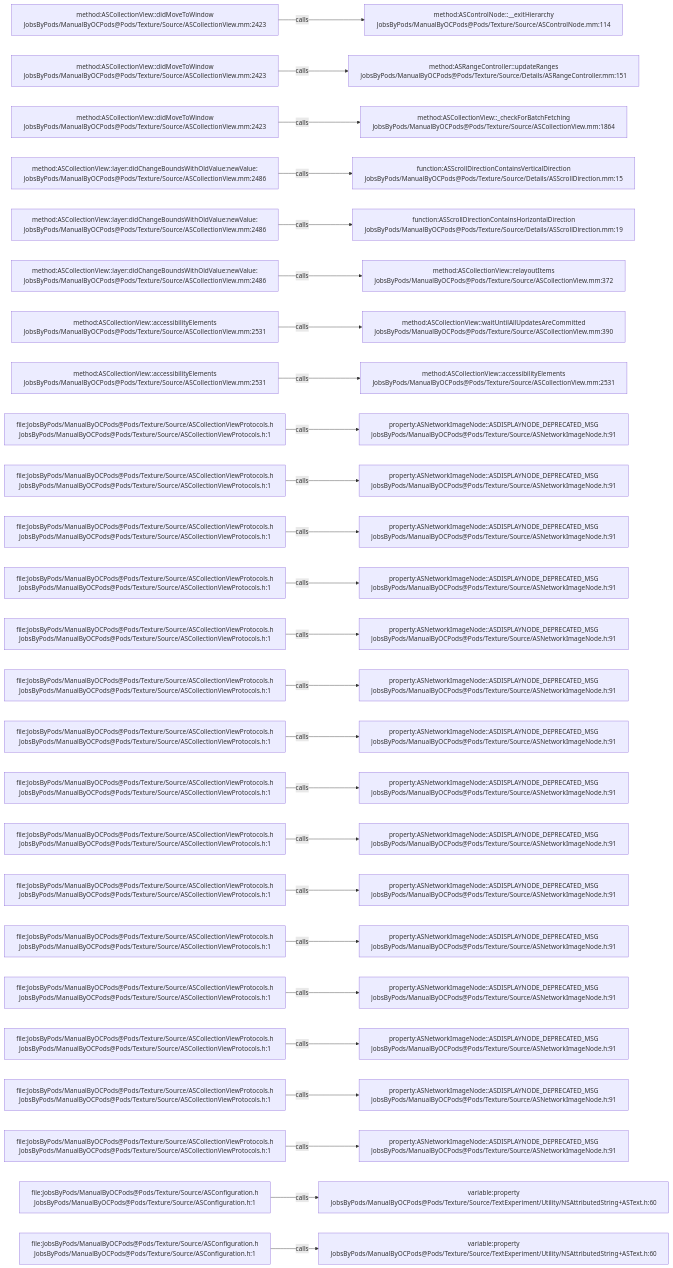
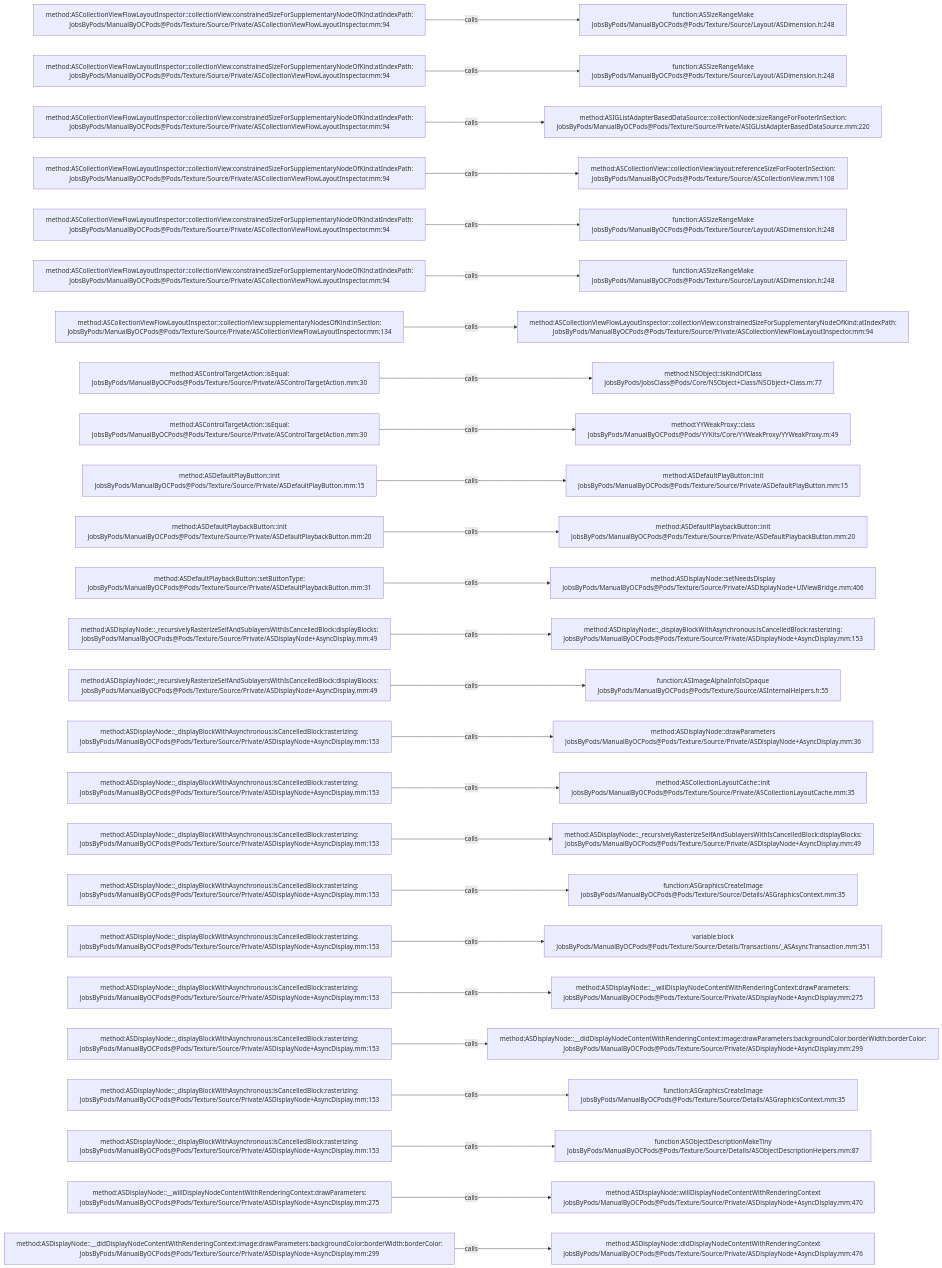
Before and after one commit to JobsKits/JobsOCBaseConfigDemo: the diagram in .codegraph/codegraph.md/graphs/calls-194.md, drawn with Mermaid. The commit also changed 2162 other files, not shown here.

````diff
--- a/.codegraph/codegraph.md/graphs/calls-194.md
+++ b/.codegraph/codegraph.md/graphs/calls-194.md
@@ -13,78 +13,78 @@
 ```mermaid
 flowchart LR
-  S1["method:ASCollectionView::didMoveToWindow<br/>JobsByPods/ManualByOCPods@Pods/Texture/Source/ASCollectionView.mm:2423"]
-  T1["method:ASControlNode::__exitHierarchy<br/>JobsByPods/ManualByOCPods@Pods/Texture/Source/ASControlNode.mm:114"]
+  S1["method:ASCollectionViewFlowLayoutInspector::collectionView:constrainedSizeForSupplementaryNodeOfKind:atIndexPath:<br/>JobsByPods/ManualByOCPods@Pods/Texture/Source/Private/ASCollectionViewFlowLayoutInspector.mm:94"]
+  T1["function:ASSizeRangeMake<br/>JobsByPods/ManualByOCPods@Pods/Texture/Source/Layout/ASDimension.h:248"]
   S1 -->|calls| T1
-  S2["method:ASCollectionView::didMoveToWindow<br/>JobsByPods/ManualByOCPods@Pods/Texture/Source/ASCollectionView.mm:2423"]
-  T2["method:ASRangeController::updateRanges<br/>JobsByPods/ManualByOCPods@Pods/Texture/Source/Details/ASRangeController.mm:151"]
+  S2["method:ASCollectionViewFlowLayoutInspector::collectionView:constrainedSizeForSupplementaryNodeOfKind:atIndexPath:<br/>JobsByPods/ManualByOCPods@Pods/Texture/Source/Private/ASCollectionViewFlowLayoutInspector.mm:94"]
+  T2["function:ASSizeRangeMake<br/>JobsByPods/ManualByOCPods@Pods/Texture/Source/Layout/ASDimension.h:248"]
   S2 -->|calls| T2
-  S3["method:ASCollectionView::didMoveToWindow<br/>JobsByPods/ManualByOCPods@Pods/Texture/Source/ASCollectionView.mm:2423"]
-  T3["method:ASCollectionView::_checkForBatchFetching<br/>JobsByPods/ManualByOCPods@Pods/Texture/Source/ASCollectionView.mm:1864"]
+  S3["method:ASCollectionViewFlowLayoutInspector::collectionView:constrainedSizeForSupplementaryNodeOfKind:atIndexPath:<br/>JobsByPods/ManualByOCPods@Pods/Texture/Source/Private/ASCollectionViewFlowLayoutInspector.mm:94"]
+  T3["method:ASIGListAdapterBasedDataSource::collectionNode:sizeRangeForFooterInSection:<br/>JobsByPods/ManualByOCPods@Pods/Texture/Source/Private/ASIGListAdapterBasedDataSource.mm:220"]
   S3 -->|calls| T3
-  S4["method:ASCollectionView::layer:didChangeBoundsWithOldValue:newValue:<br/>JobsByPods/ManualByOCPods@Pods/Texture/Source/ASCollectionView.mm:2486"]
-  T4["function:ASScrollDirectionContainsVerticalDirection<br/>JobsByPods/ManualByOCPods@Pods/Texture/Source/Details/ASScrollDirection.mm:15"]
+  S4["method:ASCollectionViewFlowLayoutInspector::collectionView:constrainedSizeForSupplementaryNodeOfKind:atIndexPath:<br/>JobsByPods/ManualByOCPods@Pods/Texture/Source/Private/ASCollectionViewFlowLayoutInspector.mm:94"]
+  T4["method:ASCollectionView::collectionView:layout:referenceSizeForFooterInSection:<br/>JobsByPods/ManualByOCPods@Pods/Texture/Source/ASCollectionView.mm:1108"]
   S4 -->|calls| T4
-  S5["method:ASCollectionView::layer:didChangeBoundsWithOldValue:newValue:<br/>JobsByPods/ManualByOCPods@Pods/Texture/Source/ASCollectionView.mm:2486"]
-  T5["function:ASScrollDirectionContainsHorizontalDirection<br/>JobsByPods/ManualByOCPods@Pods/Texture/Source/Details/ASScrollDirection.mm:19"]
+  S5["method:ASCollectionViewFlowLayoutInspector::collectionView:constrainedSizeForSupplementaryNodeOfKind:atIndexPath:<br/>JobsByPods/ManualByOCPods@Pods/Texture/Source/Private/ASCollectionViewFlowLayoutInspector.mm:94"]
+  T5["function:ASSizeRangeMake<br/>JobsByPods/ManualByOCPods@Pods/Texture/Source/Layout/ASDimension.h:248"]
   S5 -->|calls| T5
-  S6["method:ASCollectionView::layer:didChangeBoundsWithOldValue:newValue:<br/>JobsByPods/ManualByOCPods@Pods/Texture/Source/ASCollectionView.mm:2486"]
-  T6["method:ASCollectionView::relayoutItems<br/>JobsByPods/ManualByOCPods@Pods/Texture/Source/ASCollectionView.mm:372"]
+  S6["method:ASCollectionViewFlowLayoutInspector::collectionView:constrainedSizeForSupplementaryNodeOfKind:atIndexPath:<br/>JobsByPods/ManualByOCPods@Pods/Texture/Source/Private/ASCollectionViewFlowLayoutInspector.mm:94"]
+  T6["function:ASSizeRangeMake<br/>JobsByPods/ManualByOCPods@Pods/Texture/Source/Layout/ASDimension.h:248"]
   S6 -->|calls| T6
-  S7["method:ASCollectionView::accessibilityElements<br/>JobsByPods/ManualByOCPods@Pods/Texture/Source/ASCollectionView.mm:2531"]
-  T7["method:ASCollectionView::waitUntilAllUpdatesAreCommitted<br/>JobsByPods/ManualByOCPods@Pods/Texture/Source/ASCollectionView.mm:390"]
+  S7["method:ASCollectionViewFlowLayoutInspector::collectionView:supplementaryNodesOfKind:inSection:<br/>JobsByPods/ManualByOCPods@Pods/Texture/Source/Private/ASCollectionViewFlowLayoutInspector.mm:134"]
+  T7["method:ASCollectionViewFlowLayoutInspector::collectionView:constrainedSizeForSupplementaryNodeOfKind:atIndexPath:<br/>JobsByPods/ManualByOCPods@Pods/Texture/Source/Private/ASCollectionViewFlowLayoutInspector.mm:94"]
   S7 -->|calls| T7
-  S8["method:ASCollectionView::accessibilityElements<br/>JobsByPods/ManualByOCPods@Pods/Texture/Source/ASCollectionView.mm:2531"]
-  T8["method:ASCollectionView::accessibilityElements<br/>JobsByPods/ManualByOCPods@Pods/Texture/Source/ASCollectionView.mm:2531"]
+  S8["method:ASControlTargetAction::isEqual:<br/>JobsByPods/ManualByOCPods@Pods/Texture/Source/Private/ASControlTargetAction.mm:30"]
+  T8["method:NSObject::isKindOfClass<br/>JobsByPods/JobsClass@Pods/Core/NSObject+Class/NSObject+Class.m:77"]
   S8 -->|calls| T8
-  S9["file:JobsByPods/ManualByOCPods@Pods/Texture/Source/ASCollectionViewProtocols.h<br/>JobsByPods/ManualByOCPods@Pods/Texture/Source/ASCollectionViewProtocols.h:1"]
-  T9["property:ASNetworkImageNode::ASDISPLAYNODE_DEPRECATED_MSG<br/>JobsByPods/ManualByOCPods@Pods/Texture/Source/ASNetworkImageNode.h:91"]
+  S9["method:ASControlTargetAction::isEqual:<br/>JobsByPods/ManualByOCPods@Pods/Texture/Source/Private/ASControlTargetAction.mm:30"]
+  T9["method:YYWeakProxy::class<br/>JobsByPods/ManualByOCPods@Pods/YYKits/Core/YYWeakProxy/YYWeakProxy.m:49"]
   S9 -->|calls| T9
-  S10["file:JobsByPods/ManualByOCPods@Pods/Texture/Source/ASCollectionViewProtocols.h<br/>JobsByPods/ManualByOCPods@Pods/Texture/Source/ASCollectionViewProtocols.h:1"]
-  T10["property:ASNetworkImageNode::ASDISPLAYNODE_DEPRECATED_MSG<br/>JobsByPods/ManualByOCPods@Pods/Texture/Source/ASNetworkImageNode.h:91"]
+  S10["method:ASDefaultPlayButton::init<br/>JobsByPods/ManualByOCPods@Pods/Texture/Source/Private/ASDefaultPlayButton.mm:15"]
+  T10["method:ASDefaultPlayButton::init<br/>JobsByPods/ManualByOCPods@Pods/Texture/Source/Private/ASDefaultPlayButton.mm:15"]
   S10 -->|calls| T10
-  S11["file:JobsByPods/ManualByOCPods@Pods/Texture/Source/ASCollectionViewProtocols.h<br/>JobsByPods/ManualByOCPods@Pods/Texture/Source/ASCollectionViewProtocols.h:1"]
-  T11["property:ASNetworkImageNode::ASDISPLAYNODE_DEPRECATED_MSG<br/>JobsByPods/ManualByOCPods@Pods/Texture/Source/ASNetworkImageNode.h:91"]
+  S11["method:ASDefaultPlaybackButton::init<br/>JobsByPods/ManualByOCPods@Pods/Texture/Source/Private/ASDefaultPlaybackButton.mm:20"]
+  T11["method:ASDefaultPlaybackButton::init<br/>JobsByPods/ManualByOCPods@Pods/Texture/Source/Private/ASDefaultPlaybackButton.mm:20"]
   S11 -->|calls| T11
-  S12["file:JobsByPods/ManualByOCPods@Pods/Texture/Source/ASCollectionViewProtocols.h<br/>JobsByPods/ManualByOCPods@Pods/Texture/Source/ASCollectionViewProtocols.h:1"]
-  T12["property:ASNetworkImageNode::ASDISPLAYNODE_DEPRECATED_MSG<br/>JobsByPods/ManualByOCPods@Pods/Texture/Source/ASNetworkImageNode.h:91"]
+  S12["method:ASDefaultPlaybackButton::setButtonType:<br/>JobsByPods/ManualByOCPods@Pods/Texture/Source/Private/ASDefaultPlaybackButton.mm:31"]
+  T12["method:ASDisplayNode::setNeedsDisplay<br/>JobsByPods/ManualByOCPods@Pods/Texture/Source/Private/ASDisplayNode+UIViewBridge.mm:406"]
   S12 -->|calls| T12
-  S13["file:JobsByPods/ManualByOCPods@Pods/Texture/Source/ASCollectionViewProtocols.h<br/>JobsByPods/ManualByOCPods@Pods/Texture/Source/ASCollectionViewProtocols.h:1"]
-  T13["property:ASNetworkImageNode::ASDISPLAYNODE_DEPRECATED_MSG<br/>JobsByPods/ManualByOCPods@Pods/Texture/Source/ASNetworkImageNode.h:91"]
+  S13["method:ASDisplayNode::_recursivelyRasterizeSelfAndSublayersWithIsCancelledBlock:displayBlocks:<br/>JobsByPods/ManualByOCPods@Pods/Texture/Source/Private/ASDisplayNode+AsyncDisplay.mm:49"]
+  T13["method:ASDisplayNode::_displayBlockWithAsynchronous:isCancelledBlock:rasterizing:<br/>JobsByPods/ManualByOCPods@Pods/Texture/Source/Private/ASDisplayNode+AsyncDisplay.mm:153"]
   S13 -->|calls| T13
-  S14["file:JobsByPods/ManualByOCPods@Pods/Texture/Source/ASCollectionViewProtocols.h<br/>JobsByPods/ManualByOCPods@Pods/Texture/Source/ASCollectionViewProtocols.h:1"]
-  T14["property:ASNetworkImageNode::ASDISPLAYNODE_DEPRECATED_MSG<br/>JobsByPods/ManualByOCPods@Pods/Texture/Source/ASNetworkImageNode.h:91"]
+  S14["method:ASDisplayNode::_recursivelyRasterizeSelfAndSublayersWithIsCancelledBlock:displayBlocks:<br/>JobsByPods/ManualByOCPods@Pods/Texture/Source/Private/ASDisplayNode+AsyncDisplay.mm:49"]
+  T14["function:ASImageAlphaInfoIsOpaque<br/>JobsByPods/ManualByOCPods@Pods/Texture/Source/ASInternalHelpers.h:55"]
   S14 -->|calls| T14
-  S15["file:JobsByPods/ManualByOCPods@Pods/Texture/Source/ASCollectionViewProtocols.h<br/>JobsByPods/ManualByOCPods@Pods/Texture/Source/ASCollectionViewProtocols.h:1"]
-  T15["property:ASNetworkImageNode::ASDISPLAYNODE_DEPRECATED_MSG<br/>JobsByPods/ManualByOCPods@Pods/Texture/Source/ASNetworkImageNode.h:91"]
+  S15["method:ASDisplayNode::_displayBlockWithAsynchronous:isCancelledBlock:rasterizing:<br/>JobsByPods/ManualByOCPods@Pods/Texture/Source/Private/ASDisplayNode+AsyncDisplay.mm:153"]
+  T15["method:ASDisplayNode::drawParameters<br/>JobsByPods/ManualByOCPods@Pods/Texture/Source/Private/ASDisplayNode+AsyncDisplay.mm:36"]
   S15 -->|calls| T15
-  S16["file:JobsByPods/ManualByOCPods@Pods/Texture/Source/ASCollectionViewProtocols.h<br/>JobsByPods/ManualByOCPods@Pods/Texture/Source/ASCollectionViewProtocols.h:1"]
-  T16["property:ASNetworkImageNode::ASDISPLAYNODE_DEPRECATED_MSG<br/>JobsByPods/ManualByOCPods@Pods/Texture/Source/ASNetworkImageNode.h:91"]
+  S16["method:ASDisplayNode::_displayBlockWithAsynchronous:isCancelledBlock:rasterizing:<br/>JobsByPods/ManualByOCPods@Pods/Texture/Source/Private/ASDisplayNode+AsyncDisplay.mm:153"]
+  T16["method:ASCollectionLayoutCache::init<br/>JobsByPods/ManualByOCPods@Pods/Texture/Source/Private/ASCollectionLayoutCache.mm:35"]
   S16 -->|calls| T16
-  S17["file:JobsByPods/ManualByOCPods@Pods/Texture/Source/ASCollectionViewProtocols.h<br/>JobsByPods/ManualByOCPods@Pods/Texture/Source/ASCollectionViewProtocols.h:1"]
-  T17["property:ASNetworkImageNode::ASDISPLAYNODE_DEPRECATED_MSG<br/>JobsByPods/ManualByOCPods@Pods/Texture/Source/ASNetworkImageNode.h:91"]
+  S17["method:ASDisplayNode::_displayBlockWithAsynchronous:isCancelledBlock:rasterizing:<br/>JobsByPods/ManualByOCPods@Pods/Texture/Source/Private/ASDisplayNode+AsyncDisplay.mm:153"]
+  T17["method:ASDisplayNode::_recursivelyRasterizeSelfAndSublayersWithIsCancelledBlock:displayBlocks:<br/>JobsByPods/ManualByOCPods@Pods/Texture/Source/Private/ASDisplayNode+AsyncDisplay.mm:49"]
   S17 -->|calls| T17
-  S18["file:JobsByPods/ManualByOCPods@Pods/Texture/Source/ASCollectionViewProtocols.h<br/>JobsByPods/ManualByOCPods@Pods/Texture/Source/ASCollectionViewProtocols.h:1"]
-  T18["property:ASNetworkImageNode::ASDISPLAYNODE_DEPRECATED_MSG<br/>JobsByPods/ManualByOCPods@Pods/Texture/Source/ASNetworkImageNode.h:91"]
+  S18["method:ASDisplayNode::_displayBlockWithAsynchronous:isCancelledBlock:rasterizing:<br/>JobsByPods/ManualByOCPods@Pods/Texture/Source/Private/ASDisplayNode+AsyncDisplay.mm:153"]
+  T18["function:ASGraphicsCreateImage<br/>JobsByPods/ManualByOCPods@Pods/Texture/Source/Details/ASGraphicsContext.mm:35"]
   S18 -->|calls| T18
-  S19["file:JobsByPods/ManualByOCPods@Pods/Texture/Source/ASCollectionViewProtocols.h<br/>JobsByPods/ManualByOCPods@Pods/Texture/Source/ASCollectionViewProtocols.h:1"]
-  T19["property:ASNetworkImageNode::ASDISPLAYNODE_DEPRECATED_MSG<br/>JobsByPods/ManualByOCPods@Pods/Texture/Source/ASNetworkImageNode.h:91"]
+  S19["method:ASDisplayNode::_displayBlockWithAsynchronous:isCancelledBlock:rasterizing:<br/>JobsByPods/ManualByOCPods@Pods/Texture/Source/Private/ASDisplayNode+AsyncDisplay.mm:153"]
+  T19["variable:block<br/>JobsByPods/ManualByOCPods@Pods/Texture/Source/Details/Transactions/_ASAsyncTransaction.mm:351"]
   S19 -->|calls| T19
-  S20["file:JobsByPods/ManualByOCPods@Pods/Texture/Source/ASCollectionViewProtocols.h<br/>JobsByPods/ManualByOCPods@Pods/Texture/Source/ASCollectionViewProtocols.h:1"]
-  T20["property:ASNetworkImageNode::ASDISPLAYNODE_DEPRECATED_MSG<br/>JobsByPods/ManualByOCPods@Pods/Texture/Source/ASNetworkImageNode.h:91"]
+  S20["method:ASDisplayNode::_displayBlockWithAsynchronous:isCancelledBlock:rasterizing:<br/>JobsByPods/ManualByOCPods@Pods/Texture/Source/Private/ASDisplayNode+AsyncDisplay.mm:153"]
+  T20["method:ASDisplayNode::__willDisplayNodeContentWithRenderingContext:drawParameters:<br/>JobsByPods/ManualByOCPods@Pods/Texture/Source/Private/ASDisplayNode+AsyncDisplay.mm:275"]
   S20 -->|calls| T20
-  S21["file:JobsByPods/ManualByOCPods@Pods/Texture/Source/ASCollectionViewProtocols.h<br/>JobsByPods/ManualByOCPods@Pods/Texture/Source/ASCollectionViewProtocols.h:1"]
-  T21["property:ASNetworkImageNode::ASDISPLAYNODE_DEPRECATED_MSG<br/>JobsByPods/ManualByOCPods@Pods/Texture/Source/ASNetworkImageNode.h:91"]
+  S21["method:ASDisplayNode::_displayBlockWithAsynchronous:isCancelledBlock:rasterizing:<br/>JobsByPods/ManualByOCPods@Pods/Texture/Source/Private/ASDisplayNode+AsyncDisplay.mm:153"]
+  T21["method:ASDisplayNode::__didDisplayNodeContentWithRenderingContext:image:drawParameters:backgroundColor:borderWidth:borderColor:<br/>JobsByPods/ManualByOCPods@Pods/Texture/Source/Private/ASDisplayNode+AsyncDisplay.mm:299"]
   S21 -->|calls| T21
-  S22["file:JobsByPods/ManualByOCPods@Pods/Texture/Source/ASCollectionViewProtocols.h<br/>JobsByPods/ManualByOCPods@Pods/Texture/Source/ASCollectionViewProtocols.h:1"]
-  T22["property:ASNetworkImageNode::ASDISPLAYNODE_DEPRECATED_MSG<br/>JobsByPods/ManualByOCPods@Pods/Texture/Source/ASNetworkImageNode.h:91"]
+  S22["method:ASDisplayNode::_displayBlockWithAsynchronous:isCancelledBlock:rasterizing:<br/>JobsByPods/ManualByOCPods@Pods/Texture/Source/Private/ASDisplayNode+AsyncDisplay.mm:153"]
+  T22["function:ASGraphicsCreateImage<br/>JobsByPods/ManualByOCPods@Pods/Texture/Source/Details/ASGraphicsContext.mm:35"]
   S22 -->|calls| T22
-  S23["file:JobsByPods/ManualByOCPods@Pods/Texture/Source/ASCollectionViewProtocols.h<br/>JobsByPods/ManualByOCPods@Pods/Texture/Source/ASCollectionViewProtocols.h:1"]
-  T23["property:ASNetworkImageNode::ASDISPLAYNODE_DEPRECATED_MSG<br/>JobsByPods/ManualByOCPods@Pods/Texture/Source/ASNetworkImageNode.h:91"]
+  S23["method:ASDisplayNode::_displayBlockWithAsynchronous:isCancelledBlock:rasterizing:<br/>JobsByPods/ManualByOCPods@Pods/Texture/Source/Private/ASDisplayNode+AsyncDisplay.mm:153"]
+  T23["function:ASObjectDescriptionMakeTiny<br/>JobsByPods/ManualByOCPods@Pods/Texture/Source/Details/ASObjectDescriptionHelpers.mm:87"]
   S23 -->|calls| T23
-  S24["file:JobsByPods/ManualByOCPods@Pods/Texture/Source/ASConfiguration.h<br/>JobsByPods/ManualByOCPods@Pods/Texture/Source/ASConfiguration.h:1"]
-  T24["variable:property<br/>JobsByPods/ManualByOCPods@Pods/Texture/Source/TextExperiment/Utility/NSAttributedString+ASText.h:60"]
+  S24["method:ASDisplayNode::__willDisplayNodeContentWithRenderingContext:drawParameters:<br/>JobsByPods/ManualByOCPods@Pods/Texture/Source/Private/ASDisplayNode+AsyncDisplay.mm:275"]
+  T24["method:ASDisplayNode::willDisplayNodeContentWithRenderingContext<br/>JobsByPods/ManualByOCPods@Pods/Texture/Source/Private/ASDisplayNode+AsyncDisplay.mm:470"]
   S24 -->|calls| T24
-  S25["file:JobsByPods/ManualByOCPods@Pods/Texture/Source/ASConfiguration.h<br/>JobsByPods/ManualByOCPods@Pods/Texture/Source/ASConfiguration.h:1"]
-  T25["variable:property<br/>JobsByPods/ManualByOCPods@Pods/Texture/Source/TextExperiment/Utility/NSAttributedString+ASText.h:60"]
+  S25["method:ASDisplayNode::__didDisplayNodeContentWithRenderingContext:image:drawParameters:backgroundColor:borderWidth:borderColor:<br/>JobsByPods/ManualByOCPods@Pods/Texture/Source/Private/ASDisplayNode+AsyncDisplay.mm:299"]
+  T25["method:ASDisplayNode::didDisplayNodeContentWithRenderingContext<br/>JobsByPods/ManualByOCPods@Pods/Texture/Source/Private/ASDisplayNode+AsyncDisplay.mm:476"]
   S25 -->|calls| T25
 ```
````
